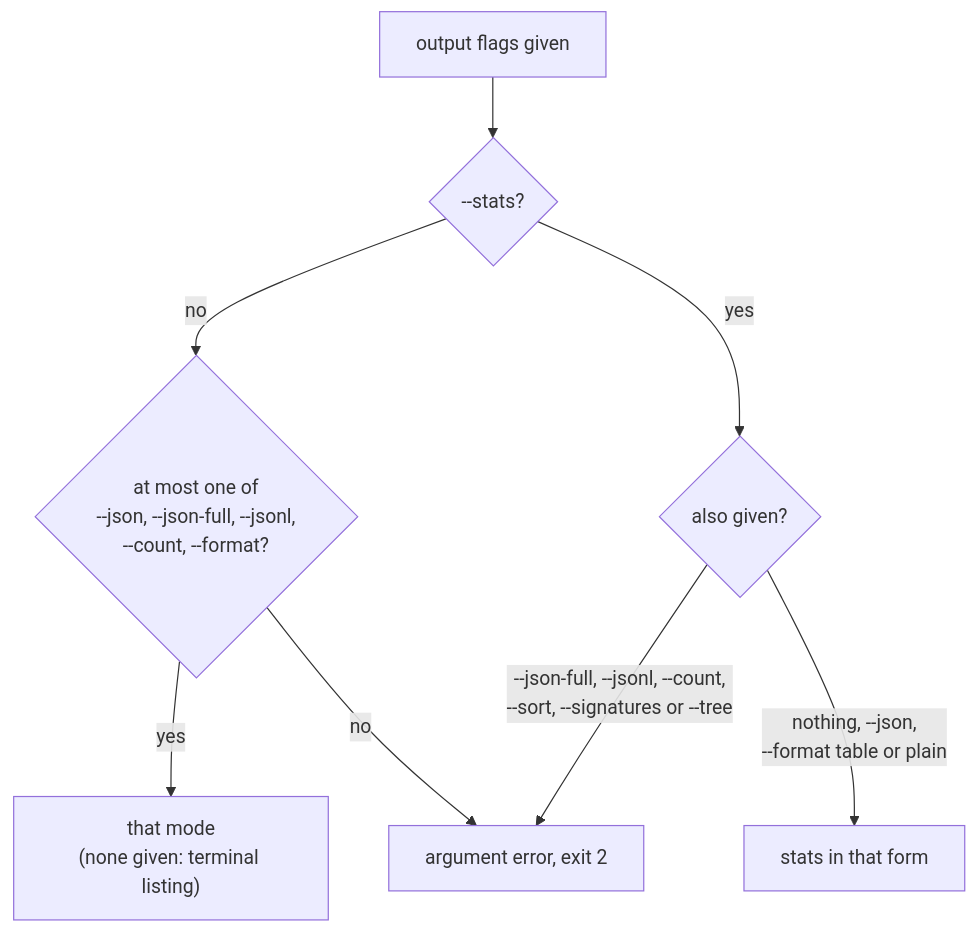
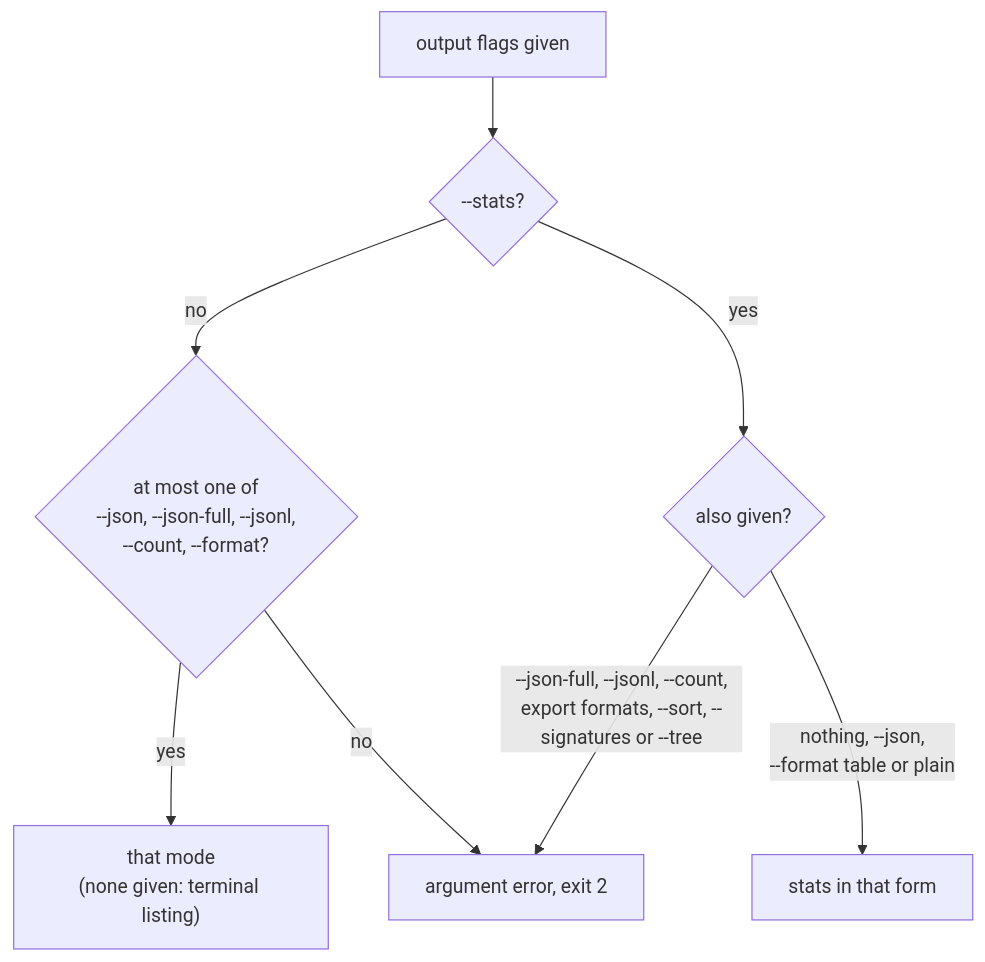
Before and after one commit to yankeeinlondon/rusty-biscuit: the fourth of 5 diagrams in tree-hugger/docs/symbol-reports.md, drawn with Mermaid. The commit also changed other lines of this file and 9 other files, not shown here.

````diff
--- a/tree-hugger/docs/symbol-reports.md
+++ b/tree-hugger/docs/symbol-reports.md
@@ -596,10 +676,10 @@
 ```mermaid
 flowchart TD
     flags["output flags given"] --> stats{"--stats?"}
     stats -- no --> one{"at most one of<br/>--json, --json-full, --jsonl,<br/>--count, --format?"}
     one -- yes --> mode["that mode<br/>(none given: terminal listing)"]
     one -- no --> err["argument error, exit 2"]
     stats -- yes --> with{"also given?"}
     with -- "nothing, --json,<br/>--format table or plain" --> smode["stats in that form"]
-    with -- "--json-full, --jsonl, --count,<br/>--sort, --signatures or --tree" --> err
+    with -- "--json-full, --jsonl, --count,<br/>export formats, --sort, --signatures or --tree" --> err
 ```
````
